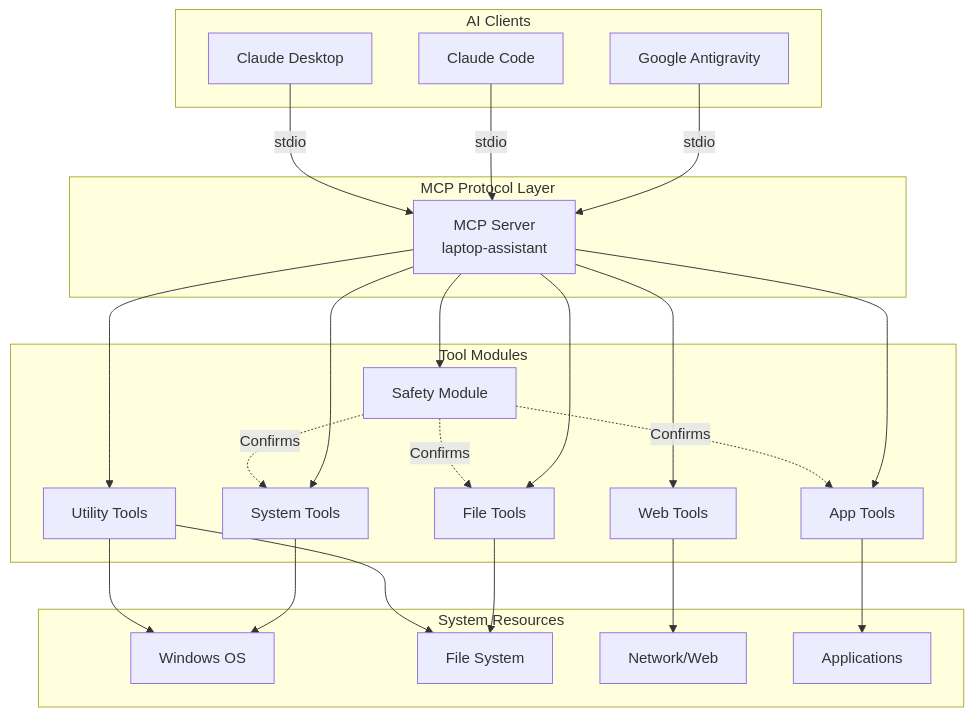
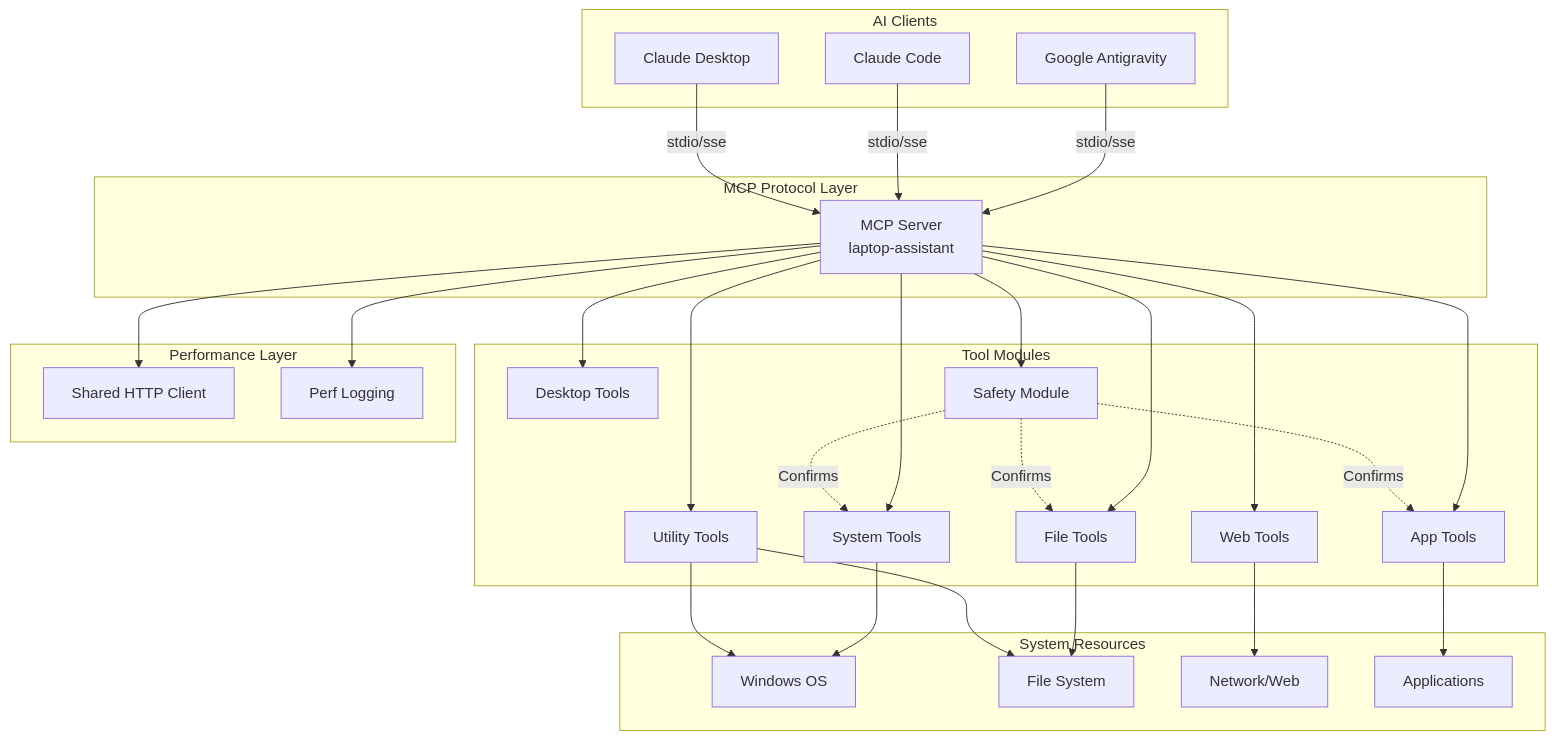
Before and after one commit to ViswaSrimaan/mcp_servers: the first of 3 diagrams in README.md, drawn with Mermaid. The commit also changed other lines of this file and 10 other files, not shown here.

````diff
--- a/README.md
+++ b/README.md
@@ -26,50 +26,59 @@
 ```mermaid
 graph TB
     subgraph "AI Clients"
         A[Google Antigravity]
         B[Claude Code]
         C[Claude Desktop]
     end
 
     subgraph "MCP Protocol Layer"
         D[MCP Server<br/>laptop-assistant]
     end
 
     subgraph "Tool Modules"
         E[System Tools]
         F[File Tools]
         G[Web Tools]
         H[App Tools]
         I[Utility Tools]
+        I2[Desktop Tools]
         J[Safety Module]
+    end
+
+    subgraph "Performance Layer"
+        P1[Shared HTTP Client]
+        P2[Perf Logging]
     end
 
     subgraph "System Resources"
         K[Windows OS]
         L[File System]
         M[Network/Web]
         N[Applications]
     end
 
-    A -->|stdio| D
-    B -->|stdio| D
-    C -->|stdio| D
+    A -->|stdio/sse| D
+    B -->|stdio/sse| D
+    C -->|stdio/sse| D
 
     D --> E
     D --> F
     D --> G
     D --> H
     D --> I
+    D --> I2
     D --> J
+    D --> P1
+    D --> P2
 
     E --> K
     F --> L
     G --> M
     H --> N
     I --> K
     I --> L
 
     J -.->|Confirms| E
     J -.->|Confirms| F
     J -.->|Confirms| H
 ```
````
